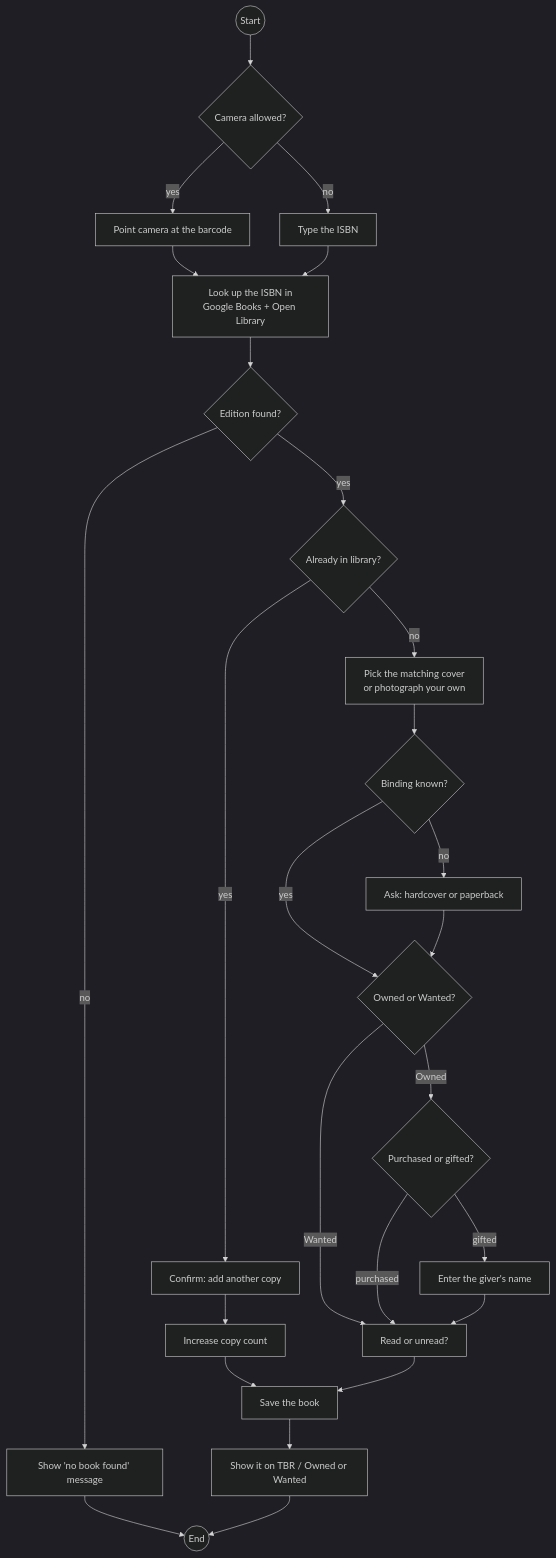
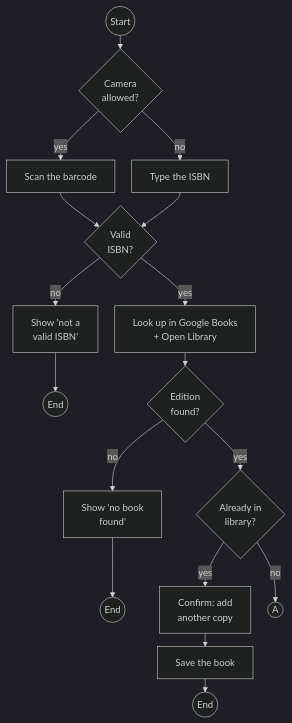
One commit to ghechavarria/cen5064-project-hechavarria changed the diagram in docs/design/diagrams/activity-scan.mmd. Above: the diagram before and after it, drawn with Mermaid (dark theme). The commit also changed 4 other files, not shown here.

First line of the commit message:
Design doc: make the activity diagram readable (3.5pt -> 7.5pt printed) and add the ISBN check

```diff
--- a/docs/design/diagrams/activity-scan.mmd
+++ b/docs/design/diagrams/activity-scan.mmd
@@ -1,21 +1,14 @@
+%%{init: {"flowchart": {"rankSpacing": 22, "nodeSpacing": 28, "diagramPadding": 4}}}%%
 flowchart TD
-    start((Start)) --> input{Camera allowed?}
-    input -- yes --> camera[Point camera at the barcode]
+    start((Start)) --> input{Camera<br/>allowed?}
+    input -- yes --> camera[Scan the barcode]
     input -- no --> typed[Type the ISBN]
-    camera --> lookup[Look up the ISBN in<br/>Google Books + Open Library]
-    typed --> lookup
-    lookup --> found{Edition found?}
-    found -- no --> err[Show 'no book found' message] --> stop((End))
-    found -- yes --> dup{Already in library?}
-    dup -- yes --> confirmCopy[Confirm: add another copy] --> copy[Increase copy count] --> save
-    dup -- no --> pick[Pick the matching cover<br/>or photograph your own]
-    pick --> binding{Binding known?}
-    binding -- no --> askBinding[Ask: hardcover or paperback]
-    binding -- yes --> shelf
-    askBinding --> shelf{Owned or Wanted?}
-    shelf -- Wanted --> reading
-    shelf -- Owned --> acquired{Purchased or gifted?}
-    acquired -- purchased --> reading
-    acquired -- gifted --> giver[Enter the giver's name] --> reading
-    reading[Read or unread?] --> save[Save the book]
-    save --> show[Show it on TBR / Owned or Wanted] --> stop
+    camera --> valid{Valid<br/>ISBN?}
+    typed --> valid
+    valid -- no --> invalid[Show 'not a<br/>valid ISBN'] --> end1((End))
+    valid -- yes --> lookup[Look up in Google Books<br/>+ Open Library]
+    lookup --> found{Edition<br/>found?}
+    found -- no --> err[Show 'no book<br/>found'] --> end2((End))
+    found -- yes --> dup{Already in<br/>library?}
+    dup -- yes --> copy[Confirm: add<br/>another copy] --> save[Save the book] --> end3((End))
+    dup -- no --> next((A))
```
